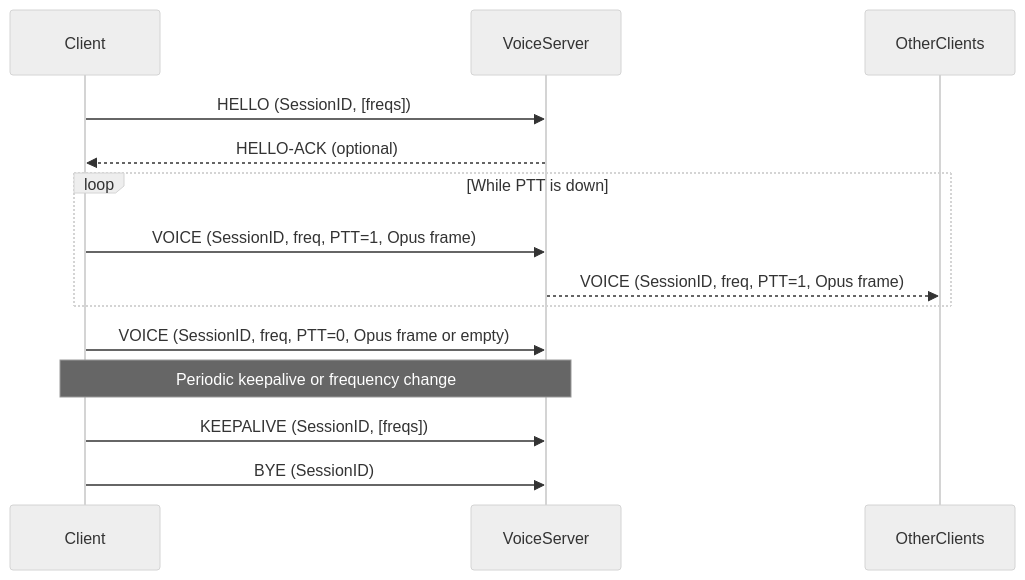
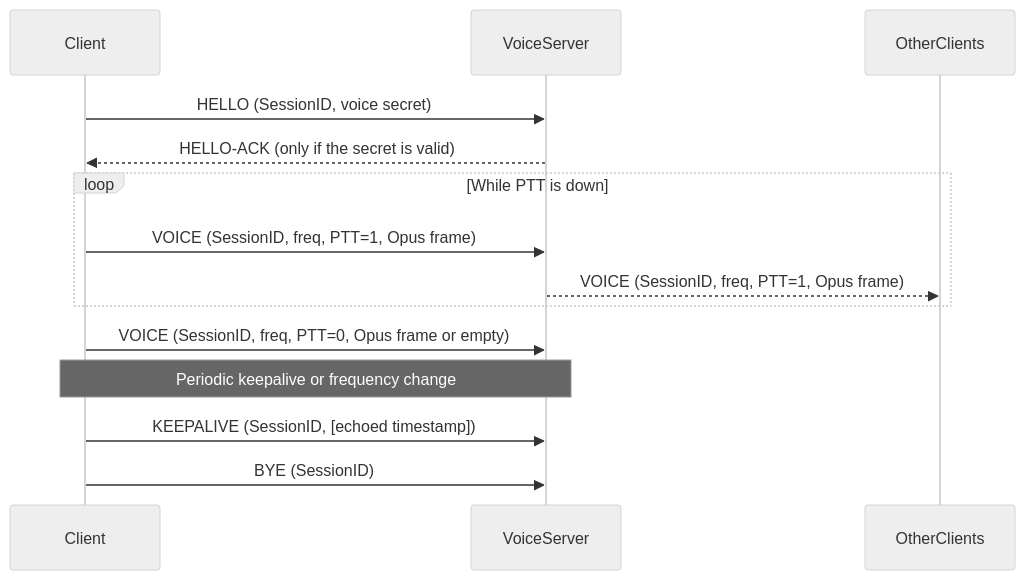
Before and after one commit to FPGSchiba/vcs-srs-server: the second of 6 diagrams in README.md, drawn with Mermaid (neutral theme).

Commit message:
docs: fix mermaid diagram to match HELLO/KEEPALIVE trust-model prose
The sequence diagram still showed HELLO carrying a frequency list,
HELLO-ACK as server-discretion optional, and KEEPALIVE carrying a
frequency list — all contradicted by the trust-model prose added in the
previous commit. Corrected against voice/protocol.go: HELLO carries the
voice secret, HELLO-ACK is sent if and only if the secret validates, and
KEEPALIVE carries only an optional echoed timestamp for RTT.

````diff
--- a/README.md
+++ b/README.md
@@ -186,20 +186,20 @@
 ```mermaid
 sequenceDiagram
     participant Client
     participant VoiceServer
 
-    Client->>VoiceServer: HELLO (SessionID, [freqs])
-    VoiceServer-->>Client: HELLO-ACK (optional)
+    Client->>VoiceServer: HELLO (SessionID, voice secret)
+    VoiceServer-->>Client: HELLO-ACK (only if the secret is valid)
 
     loop While PTT is down
         Client->>VoiceServer: VOICE (SessionID, freq, PTT=1, Opus frame)
         VoiceServer-->>OtherClients: VOICE (SessionID, freq, PTT=1, Opus frame)
     end
 
     Client->>VoiceServer: VOICE (SessionID, freq, PTT=0, Opus frame or empty)
 
     Note over Client,VoiceServer: Periodic keepalive or frequency change
-    Client->>VoiceServer: KEEPALIVE (SessionID, [freqs])
+    Client->>VoiceServer: KEEPALIVE (SessionID, [echoed timestamp])
 
     Client->>VoiceServer: BYE (SessionID)
 ```
````
